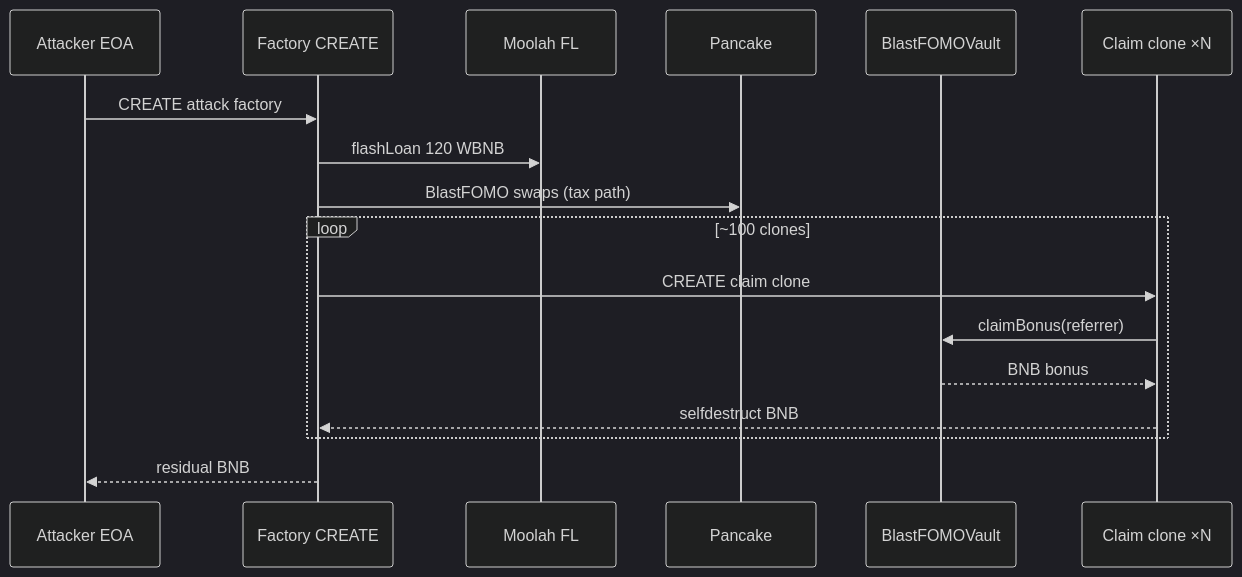
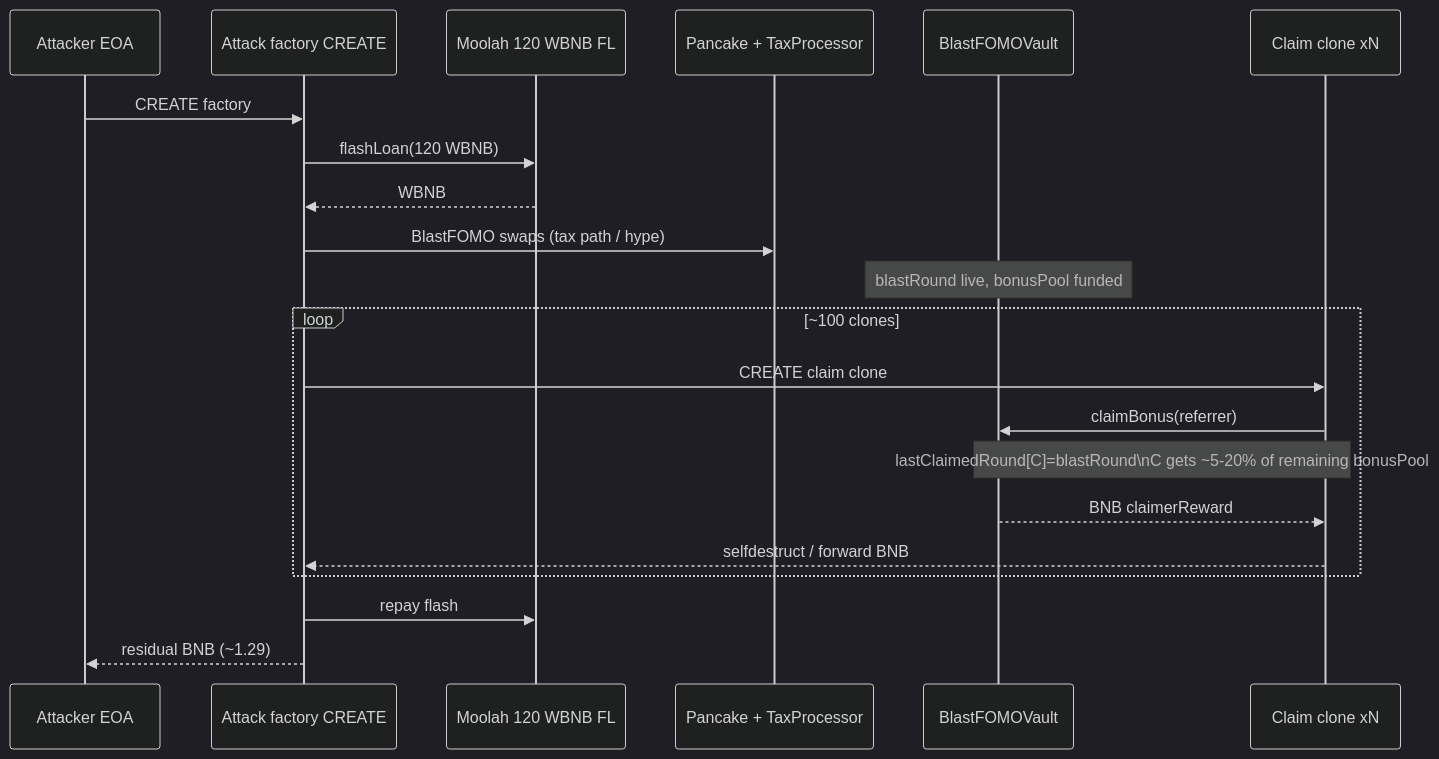
One commit to sanbir/evm-hack-registry changed the first of 2 diagrams in 2026-05-BlastFOMOVault_exp/BlastFOMOVault_exp.md. Above: the diagram before and after it, drawn with Mermaid (dark theme). The commit also changed other lines of this file and 2 other files, not shown here.

````diff
--- a/2026-05-BlastFOMOVault_exp/BlastFOMOVault_exp.md
+++ b/2026-05-BlastFOMOVault_exp/BlastFOMOVault_exp.md
@@ -56,20 +161,24 @@
 ```mermaid
 sequenceDiagram
-  participant A as Attacker EOA
-  participant F as Factory CREATE
-  participant M as Moolah FL
-  participant P as Pancake
-  participant V as BlastFOMOVault
-  participant C as Claim clone ×N
+    participant A as Attacker EOA
+    participant F as Attack factory CREATE
+    participant M as Moolah 120 WBNB FL
+    participant P as Pancake + TaxProcessor
+    participant V as BlastFOMOVault
+    participant C as Claim clone xN
 
-  A->>F: CREATE attack factory
-  F->>M: flashLoan 120 WBNB
-  F->>P: BlastFOMO swaps (tax path)
-  loop ~100 clones
-    F->>C: CREATE claim clone
-    C->>V: claimBonus(referrer)
-    V-->>C: BNB bonus
-    C-->>F: selfdestruct BNB
-  end
-  F-->>A: residual BNB
+    A->>F: CREATE factory
+    F->>M: flashLoan(120 WBNB)
+    M-->>F: WBNB
+    F->>P: BlastFOMO swaps (tax path / hype)
+    Note over V: blastRound live, bonusPool funded
+    loop ~100 clones
+        F->>C: CREATE claim clone
+        C->>V: claimBonus(referrer)
+        Note over V,C: lastClaimedRound[C]=blastRound\nC gets ~5-20% of remaining bonusPool
+        V-->>C: BNB claimerReward
+        C-->>F: selfdestruct / forward BNB
+    end
+    F->>M: repay flash
+    F-->>A: residual BNB (~1.29)
 ```
````
